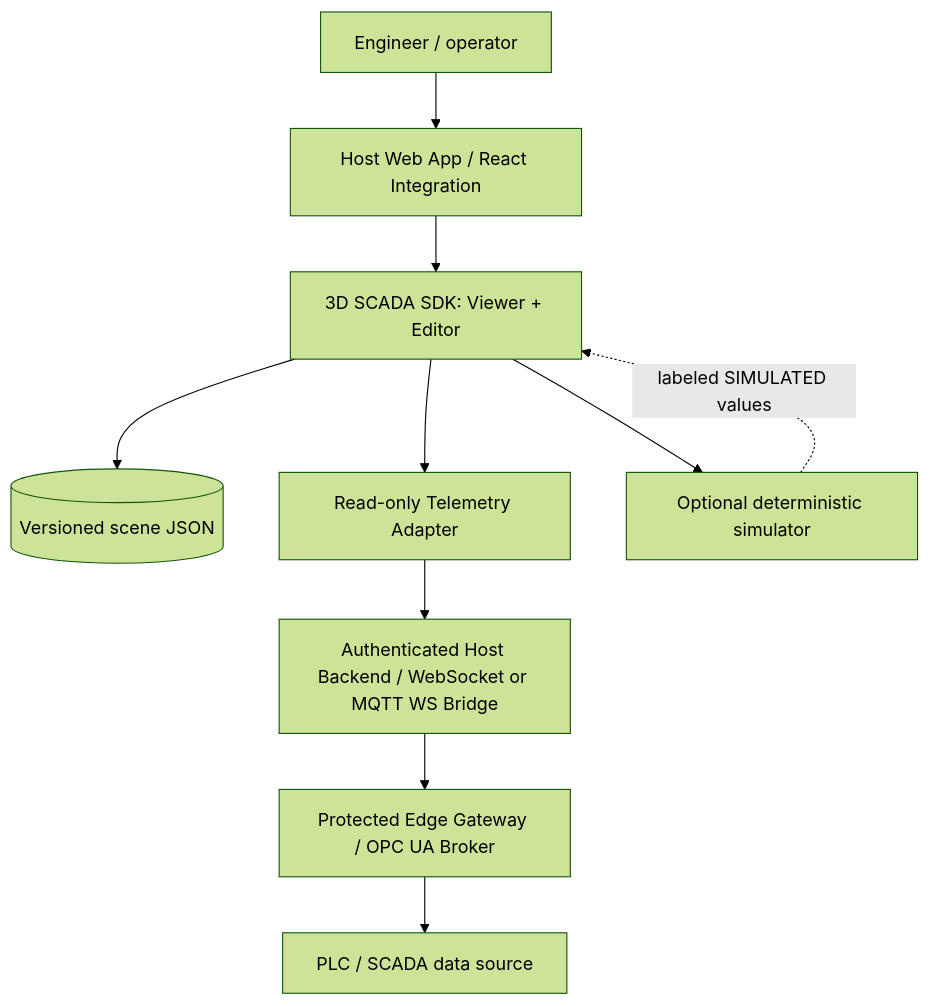
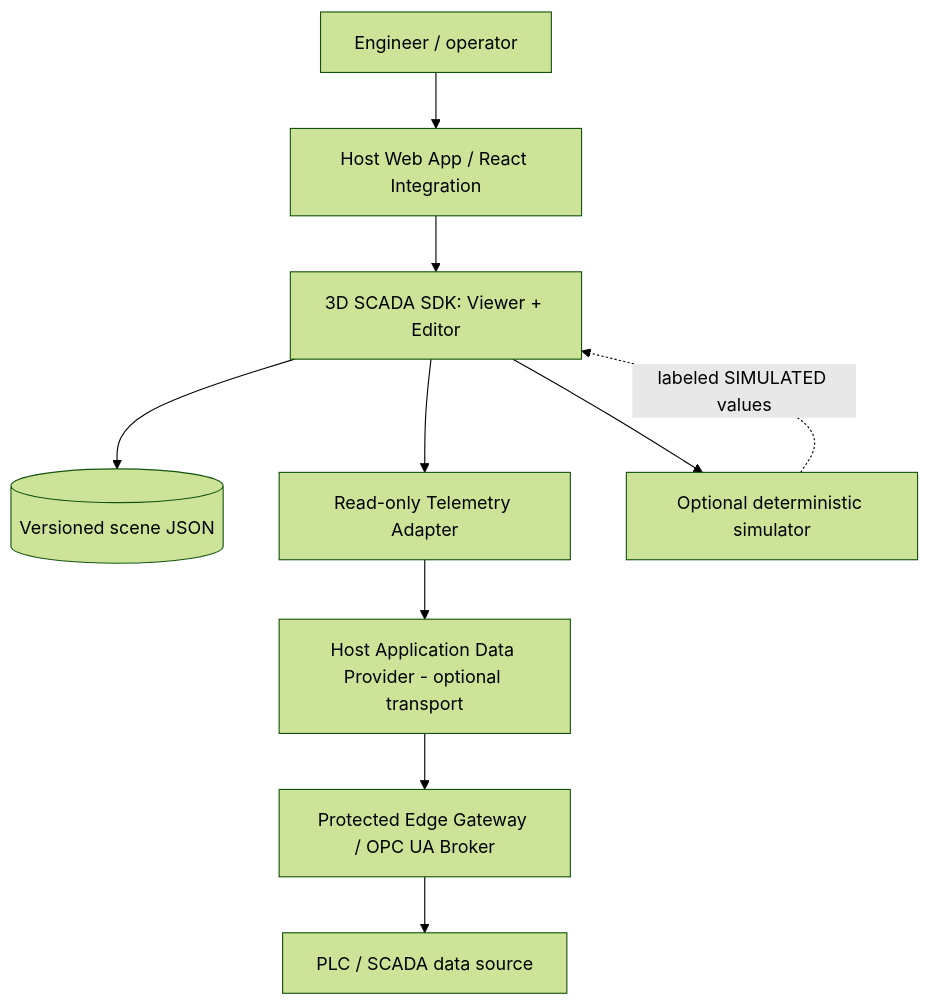
One commit to sakibcoolz/3d-scada-sdk changed the first of 4 diagrams in docs/ARCHITECTURE.md. Above: the diagram before and after it, drawn with Mermaid (forest theme). The commit also changed other lines of this file, not shown here.

Commit message:
docs: make SDK telemetry inputs optional and transport independent

````diff
--- a/docs/ARCHITECTURE.md
+++ b/docs/ARCHITECTURE.md
@@ -18,12 +18,12 @@
 ```mermaid
 flowchart TB
   User[Engineer / operator] --> Host[Host Web App / React Integration]
   Host --> SDK[3D SCADA SDK: Viewer + Editor]
   SDK --> Scene[(Versioned scene JSON)]
   SDK --> Runtime[Read-only Telemetry Adapter]
-  Runtime --> HostAPI[Authenticated Host Backend / WebSocket or MQTT WS Bridge]
+  Runtime --> HostAPI[Host Application Data Provider - optional transport]
   HostAPI --> Edge[Protected Edge Gateway / OPC UA Broker]
   Edge --> PLC[PLC / SCADA data source]
   SDK --> Sim[Optional deterministic simulator]
   Sim -. labeled SIMULATED values .-> SDK
 ```
````
